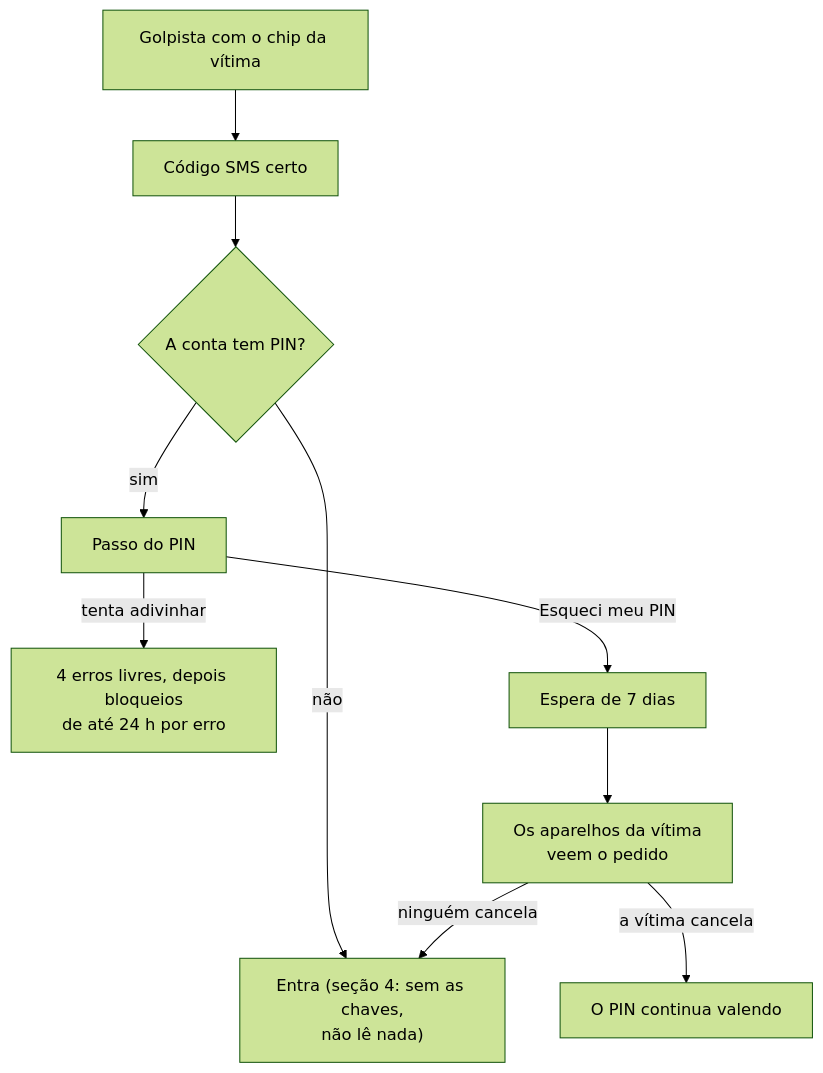
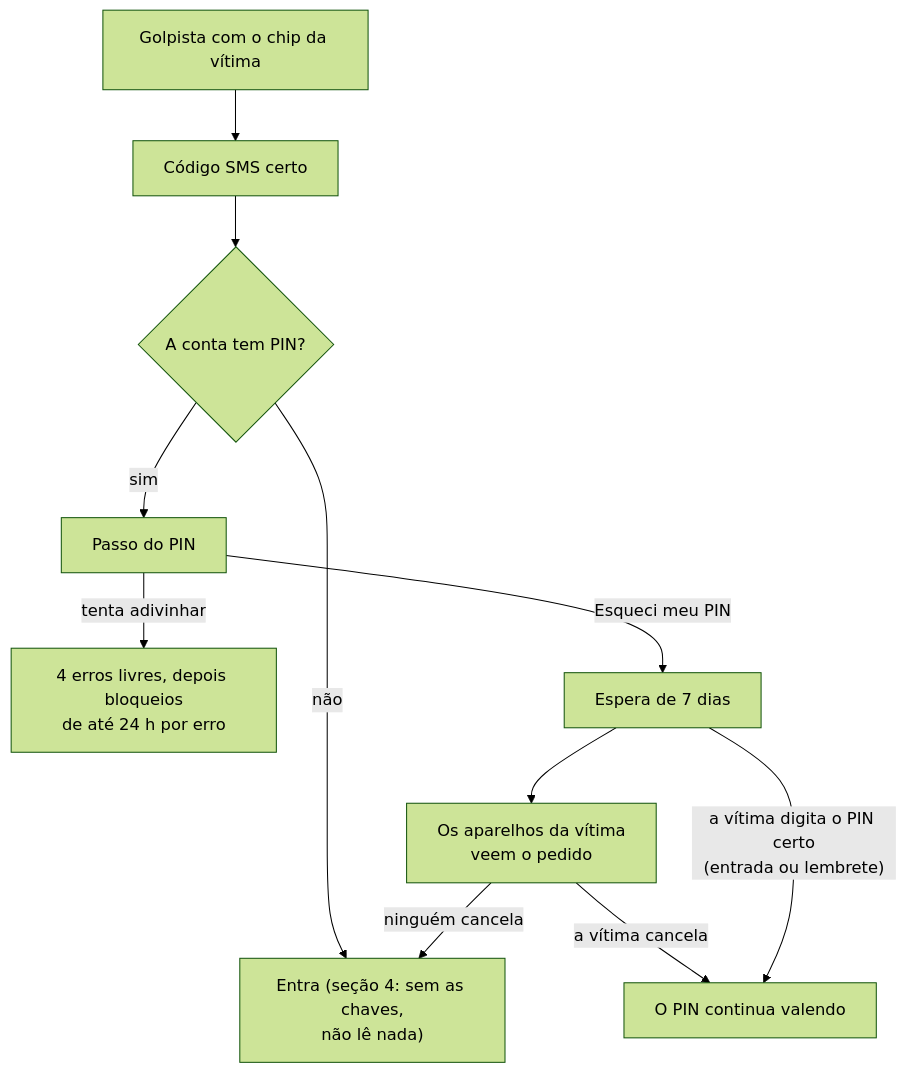
One commit to kaiomp/alo changed the third of 3 diagrams in docs/seguranca-e-privacidade.md. Above: the diagram before and after it, drawn with Mermaid (forest theme). The commit also changed other lines of this file and 11 other files, not shown here.

````diff
--- a/docs/seguranca-e-privacidade.md
+++ b/docs/seguranca-e-privacidade.md
@@ -163,12 +174,13 @@
 ```mermaid
 flowchart TD
     g["Golpista com o chip da vítima"] --> sms["Código SMS certo"]
     sms --> haspin{"A conta tem PIN?"}
     haspin -- "não" --> in["Entra (seção 4: sem as chaves,<br/>não lê nada)"]
     haspin -- "sim" --> pin["Passo do PIN"]
     pin -- "tenta adivinhar" --> lock["4 erros livres, depois bloqueios<br/>de até 24 h por erro"]
     pin -- "Esqueci meu PIN" --> wait["Espera de 7 dias"]
     wait --> seen["Os aparelhos da vítima<br/>veem o pedido"]
     seen -- "a vítima cancela" --> stop["O PIN continua valendo"]
+    wait -- "a vítima digita o PIN certo<br/>(entrada ou lembrete)" --> stop
     seen -- "ninguém cancela" --> in
 ```
````
